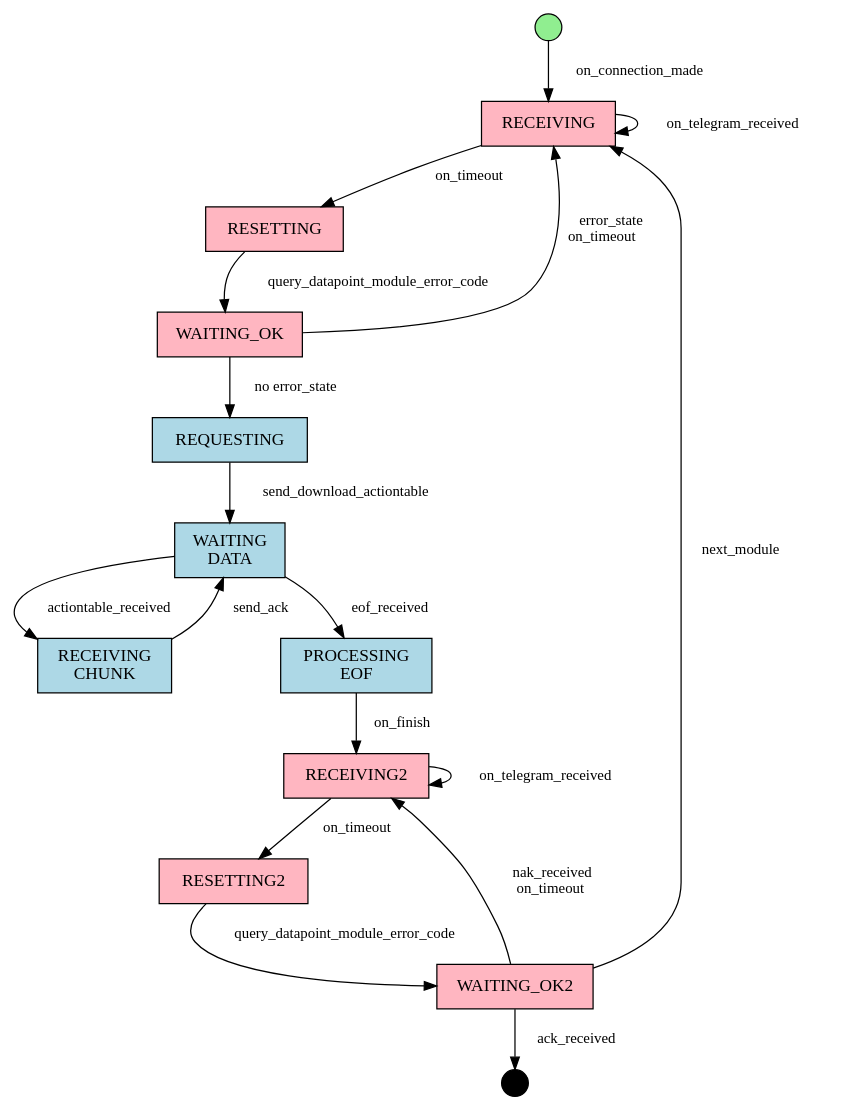
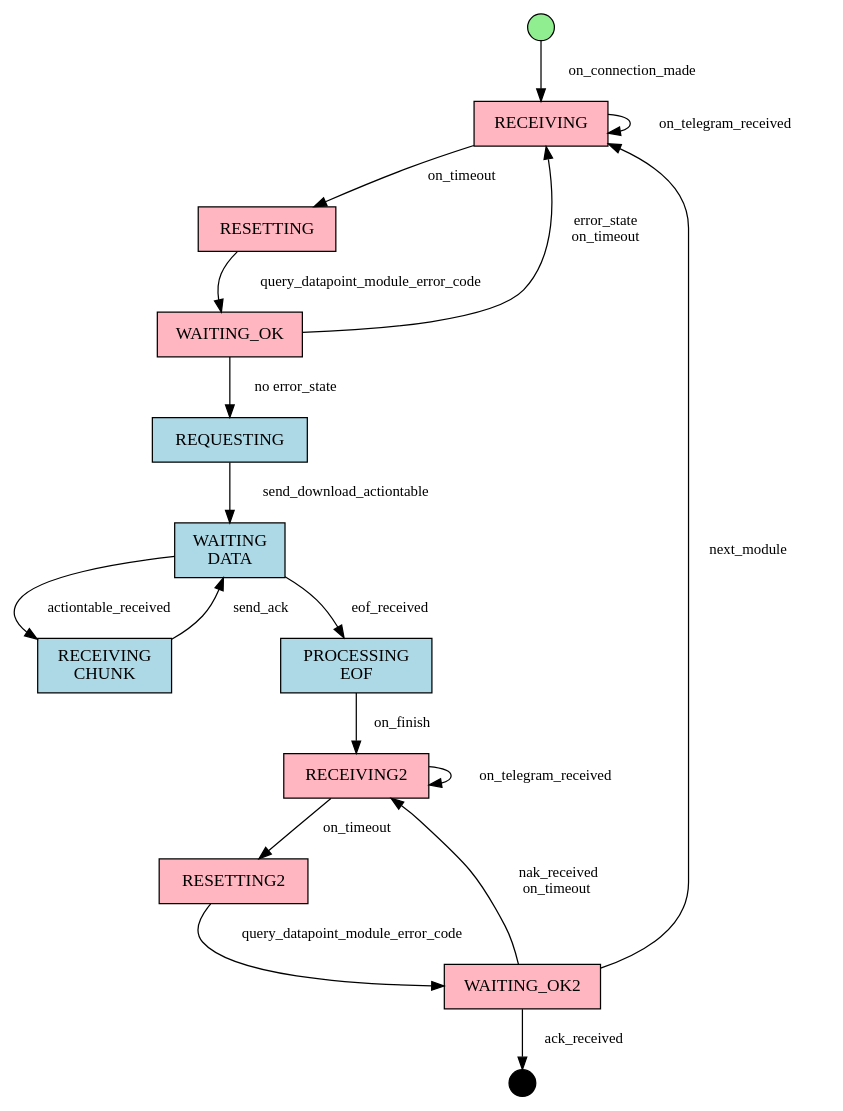
One commit to lduchosal/xp changed the diagram in doc/actiontable/Download-ActionTable-Workflow.dot. Above: the diagram before and after it, drawn with Graphviz. The commit also changed 3 other files, not shown here.

```diff
--- a/doc/actiontable/Download-ActionTable-Workflow.dot
+++ b/doc/actiontable/Download-ActionTable-Workflow.dot
@@ -1,45 +1,45 @@
 digraph ActionTableDownloadStateMachine {
     rankdir=TB;
     node [shape=rectangle, style=filled, fillcolor=lightblue, margin="0.15, 0.1"];
     edge [fontsize=12];
 
     // States
     IDLE [label="IDLE", fillcolor=lightgreen];
     RECEIVING [label="RECEIVING", fillcolor=lightpink];
     RESETTING [label="RESETTING", fillcolor=lightpink];
     WAITING_OK [label="WAITING_OK", fillcolor=lightpink];
     REQUESTING [label="REQUESTING"];
     WAITING_DATA [label="WAITING\nDATA"];
     RECEIVING_CHUNK [label="RECEIVING\nCHUNK"];
     PROCESSING_EOF [label="PROCESSING\nEOF"];
 
     RECEIVING2 [label="RECEIVING2", fillcolor=lightpink];
     RESETTING2 [label="RESETTING2", fillcolor=lightpink];
     WAITING_OK2 [label="WAITING_OK2", fillcolor=lightpink];
 
     COMPLETED [label="COMPLETED", fillcolor=black];
 
     // Initial state
     IDLE [shape=point, width=0.3];
     COMPLETED [shape=point, width=0.3];
 
     // State transitions with events
     IDLE -> RECEIVING [label="   on_connection_made    "];
     RECEIVING -> RESETTING [label="   on_timeout    "];
     RECEIVING -> RECEIVING [label="   on_telegram_received    "];
     RESETTING -> WAITING_OK [label="   query_datapoint_module_error_code   "];
-    WAITING_OK -> RECEIVING [label="   error_state\non_timeout   "];
+    WAITING_OK -> RECEIVING [label="   error_state   \n   on_timeout   "];
     WAITING_OK -> REQUESTING [label="   no error_state   "];
     REQUESTING -> WAITING_DATA [label="   send_download_actiontable   "];
     WAITING_DATA -> RECEIVING_CHUNK [label="   actiontable_received   "];
     RECEIVING_CHUNK -> WAITING_DATA [label="   send_ack   "];
     WAITING_DATA -> PROCESSING_EOF [label="   eof_received   "];
     PROCESSING_EOF -> RECEIVING2 [label="   on_finish   "];
     RECEIVING2 -> RECEIVING2 [label="   on_telegram_received   "];
     RECEIVING2 -> RESETTING2 [label="   on_timeout   "];
     RESETTING2 -> WAITING_OK2 [label="   query_datapoint_module_error_code   "];
     WAITING_OK2 -> RECEIVING2 [label="    nak_received   \n   on_timeout   "];
     WAITING_OK2 -> COMPLETED [label="   ack_received   "];
     WAITING_OK2 -> RECEIVING [label="   next_module   "];
 
 }
```
